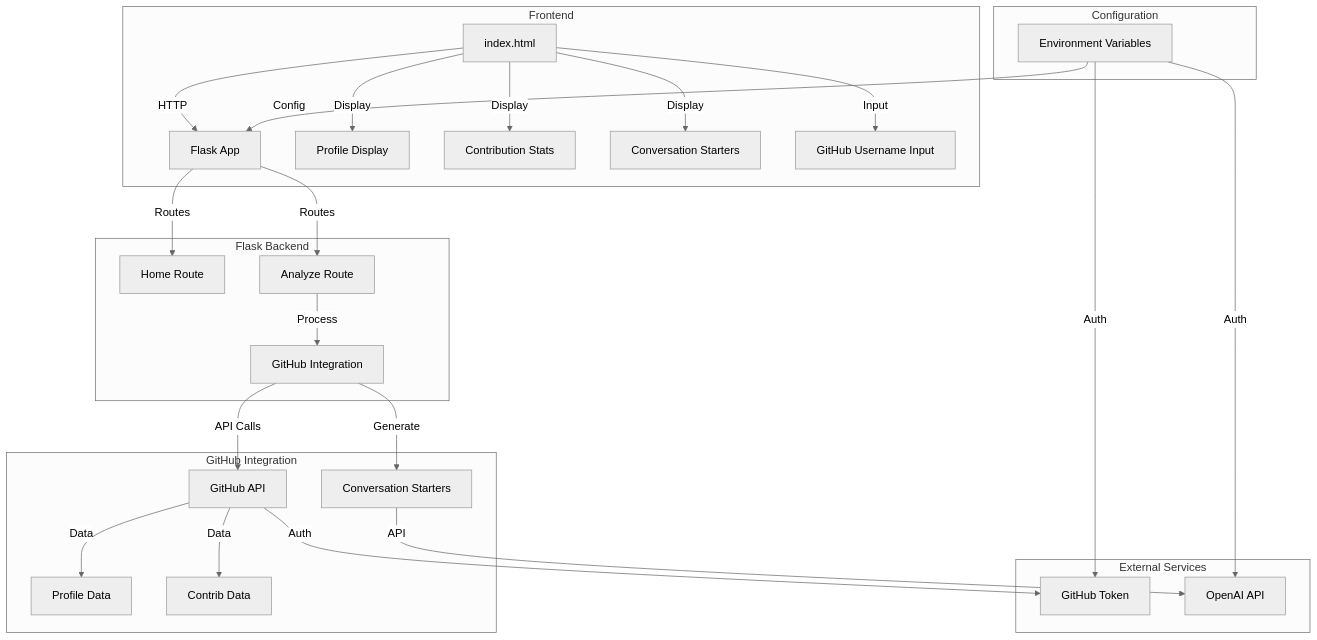
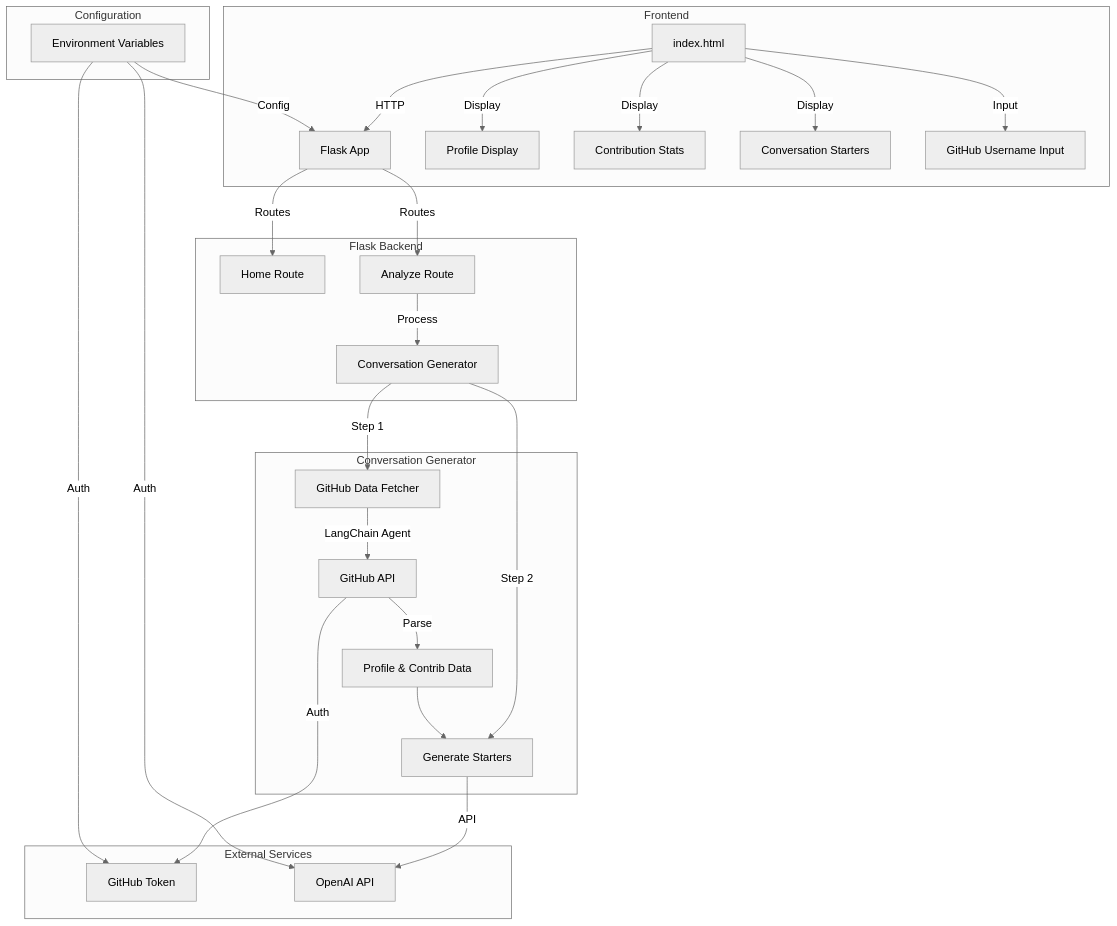
Before and after one commit to freddyhm/github-convo: the diagram in architecture_mermaid.md, drawn with Mermaid (neutral theme). The commit also changed 1 other file, not shown here.

Commit message:
refactor: update architecture docs

````diff
--- a/architecture_mermaid.md
+++ b/architecture_mermaid.md
@@ -3,34 +3,35 @@
 ```mermaid
 graph TD
     subgraph Frontend
         A[index.html] --> |"HTTP"| B["Flask App"]
         A --> |"Display"| D["Profile Display"]
         A --> |"Display"| E["Contribution Stats"]
         A --> |"Display"| F["Conversation Starters"]
         A --> |"Input"| C["GitHub Username Input"]
     end
 
     subgraph "Flask Backend"
         B --> |"Routes"| G["Home Route"]
         B --> |"Routes"| H["Analyze Route"]
-        H --> |"Process"| I["GitHub Integration"]
+        H --> |"Process"| M["Conversation Generator"]
     end
 
-    subgraph "GitHub Integration"
-        I --> |"API Calls"| J["GitHub API"]
-        J --> |"Data"| K["Profile Data"]
-        J --> |"Data"| L["Contrib Data"]
-        I --> |"Generate"| M["Conversation Starters"]
+    subgraph "Conversation Generator"
+        M --> |"Step 1"| I["GitHub Data Fetcher"]
+        I --> |"LangChain Agent"| J["GitHub API"]
+        J --> |"Parse"| K["Profile & Contrib Data"]
+        M --> |"Step 2"| L["Generate Starters"]
+        K --> L
     end
 
     subgraph "External Services"
         J --> |"Auth"| N["GitHub Token"]
-        M --> |"API"| O["OpenAI API"]
+        L --> |"API"| O["OpenAI API"]
     end
 
     subgraph Configuration
         P["Environment Variables"] --> |"Config"| B
         P --> |"Auth"| N
         P --> |"Auth"| O
     end
 ```
````
